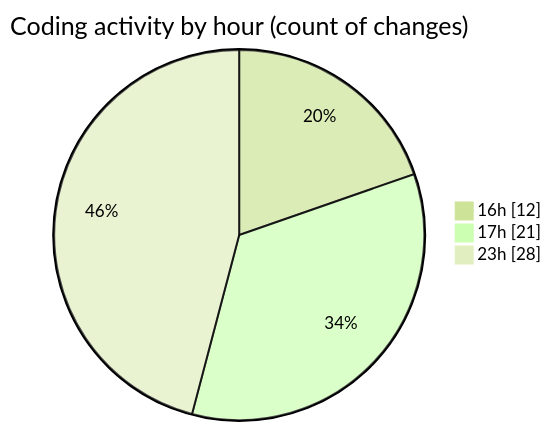
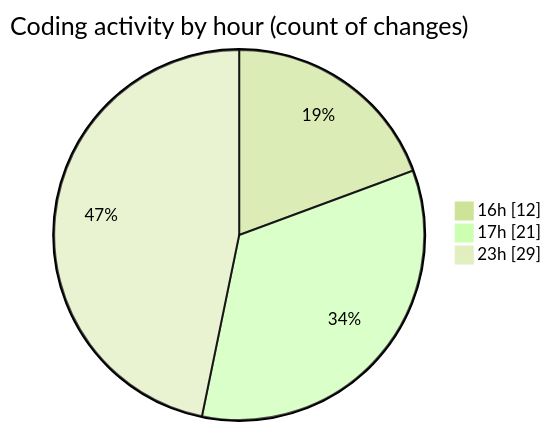
One commit to EIIisD/code-tracking changed the second of 2 diagrams in 2025-08-05/tw-server/README.md. Above: the diagram before and after it, drawn with Mermaid (forest theme). The commit also changed other lines of this file and 1 other file, not shown here.

````diff
--- a/2025-08-05/tw-server/README.md
+++ b/2025-08-05/tw-server/README.md
@@ -41,7 +41,7 @@
 ```mermaid
 pie showData
 title Coding activity by hour (count of changes)
 "16h" : 12
 "17h" : 21
-"23h" : 28
+"23h" : 29
 ```
````
